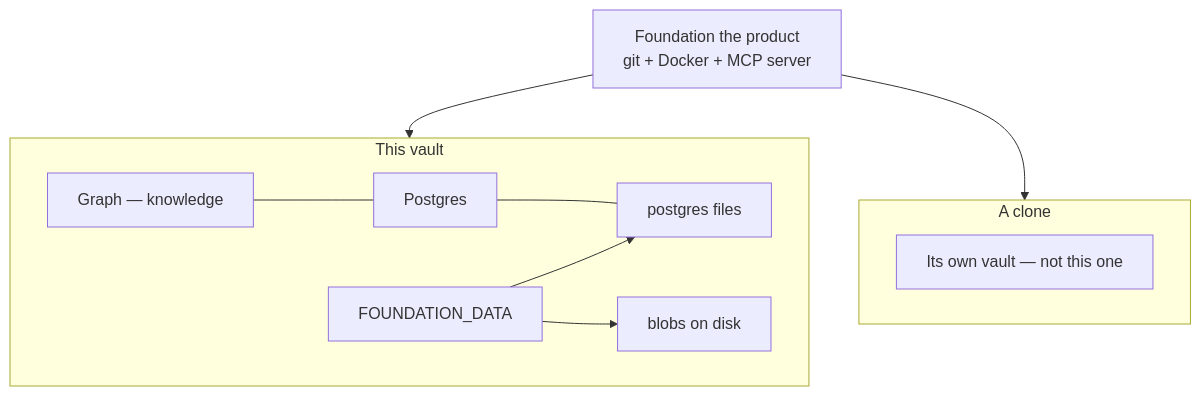
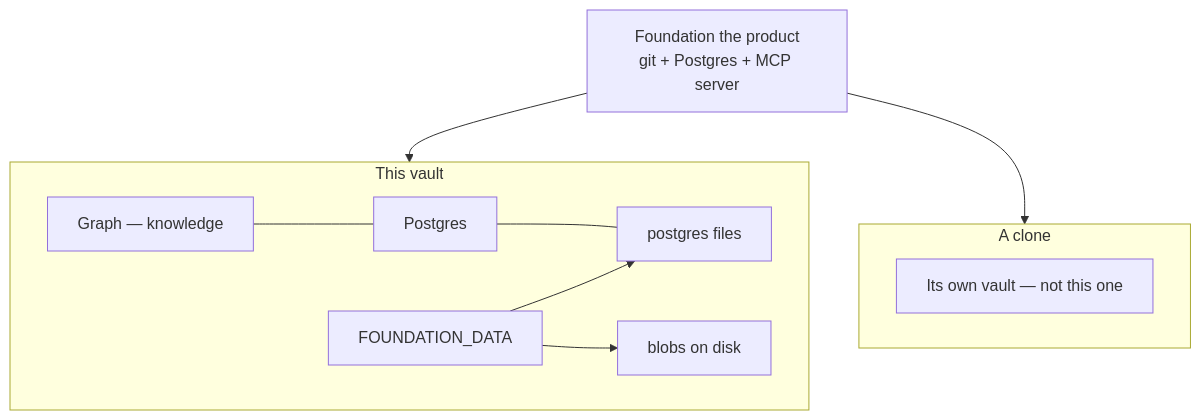
One commit to dgraziosi/foundation changed the first of 11 diagrams in docs/ARCHITECTURE.md. Above: the diagram before and after it, drawn with Mermaid. The commit also changed other lines of this file and 33 other files, not shown here.

````diff
--- a/docs/ARCHITECTURE.md
+++ b/docs/ARCHITECTURE.md
@@ -15,23 +15,23 @@
 ```mermaid
 flowchart TB
-  product["Foundation the product<br/>git + Docker + MCP server"]
+  product["Foundation the product<br/>git + Postgres + MCP server"]
 
   subgraph this_vault["This vault"]
     knowledge["Graph — knowledge"]
     pg["Postgres"]
     data_dir["FOUNDATION_DATA"]
     pg_files["postgres files"]
     blob_files["blobs on disk"]
     data_dir --> pg_files
     data_dir --> blob_files
     knowledge --- pg
     pg --- pg_files
   end
 
   subgraph other_vault["A clone"]
     empty["Its own vault — not this one"]
   end
 
   product --> this_vault
   product --> other_vault
 ```
````
